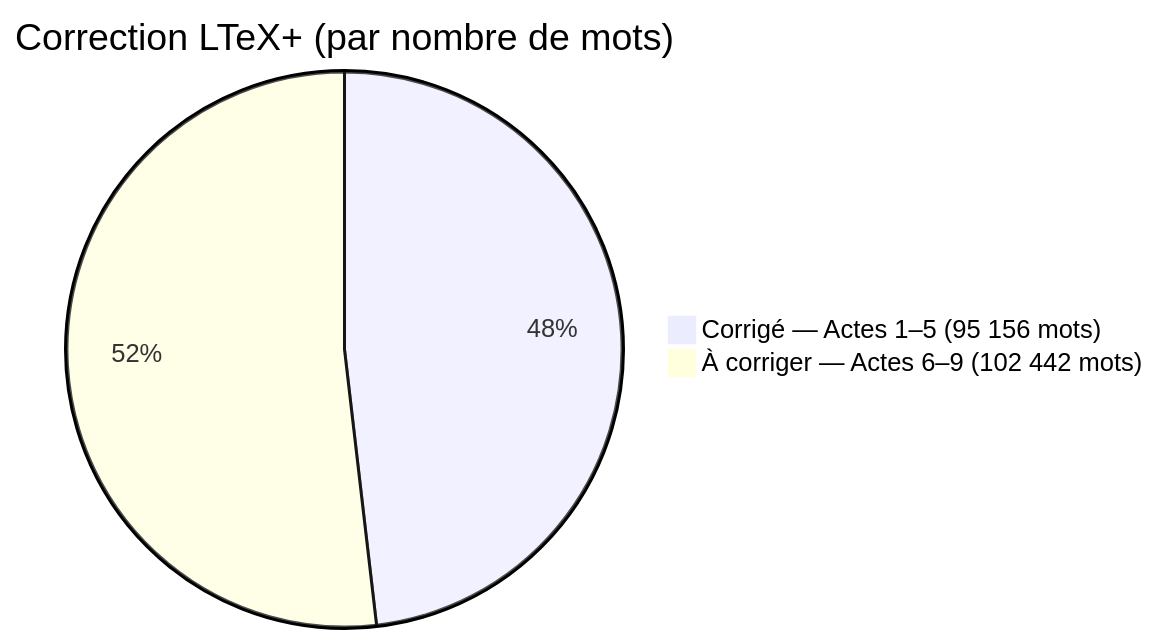
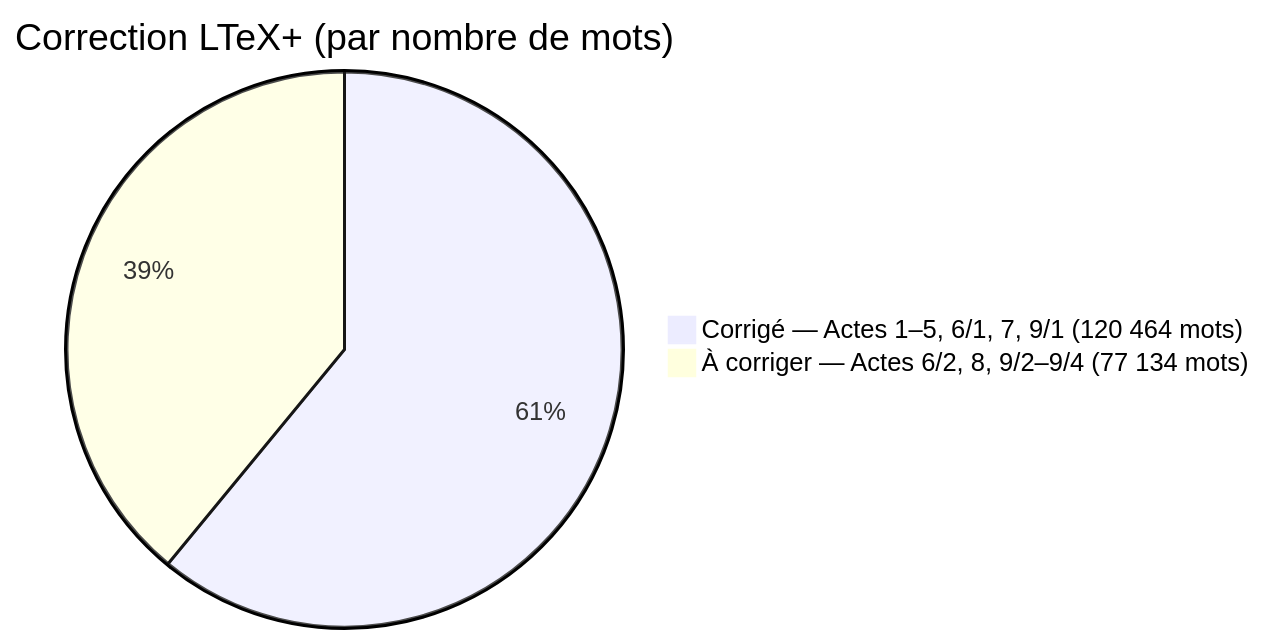
The diagram in actes/word_count.md (eric-mugnier/tete-de-veau-ravigote), drawn with Mermaid before and after one commit. The commit also changed other lines of this file, not shown here.

````diff
--- a/actes/word_count.md
+++ b/actes/word_count.md
@@ -26,5 +26,5 @@
 ```mermaid
 pie title Correction LTeX+ (par nombre de mots)
-    "Corrigé — Actes 1–5 (95 156 mots)" : 95156
-    "À corriger — Actes 6–9 (102 442 mots)" : 102442
+    "Corrigé — Actes 1–5, 6/1, 7, 9/1 (120 464 mots)" : 120464
+    "À corriger — Actes 6/2, 8, 9/2–9/4 (77 134 mots)" : 77134
 ```
````
